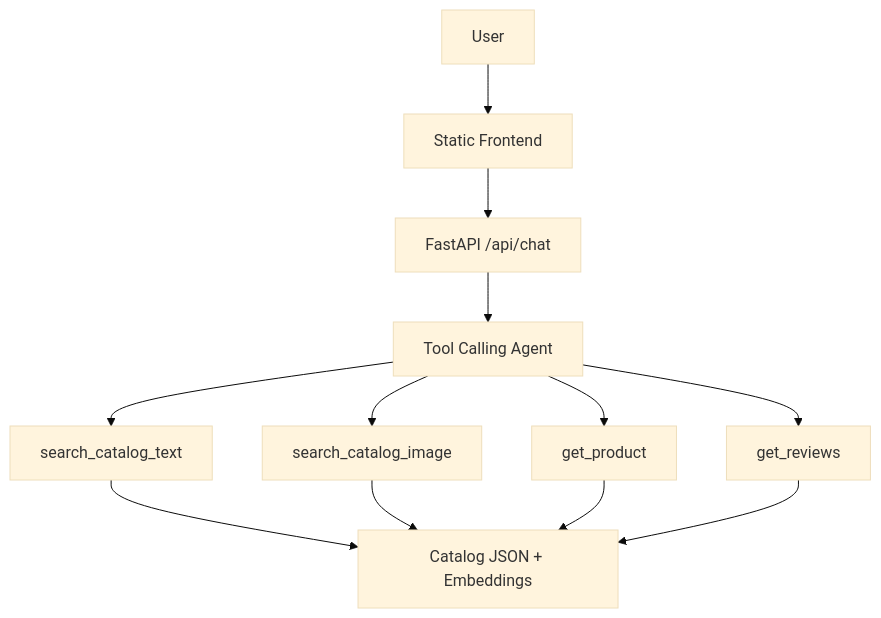
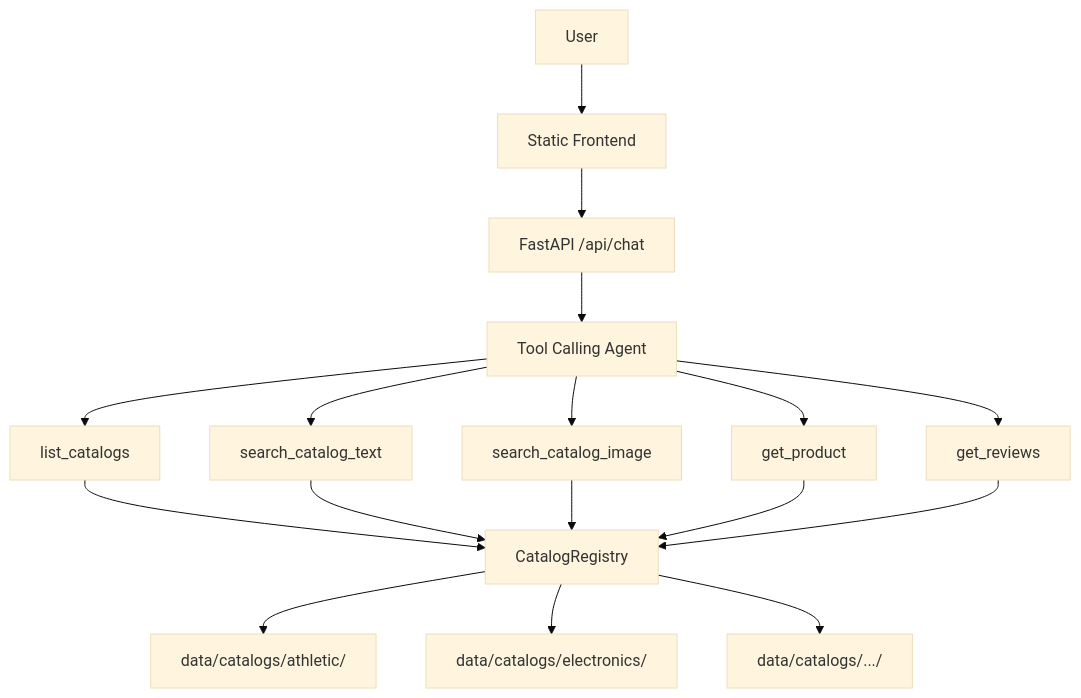
Before and after one commit to adg516/commerce-agent: the diagram in README.md, drawn with Mermaid (base theme). The commit also changed other lines of this file and 5 other files, not shown here.

````diff
--- a/README.md
+++ b/README.md
@@ -21,14 +22,19 @@
 ```mermaid
 flowchart TB
     User[User] --> Frontend[Static Frontend]
     Frontend --> Api["FastAPI /api/chat"]
     Api --> Agent[Tool Calling Agent]
+    Agent --> ListCatalogs[list_catalogs]
     Agent --> SearchText[search_catalog_text]
     Agent --> SearchImage[search_catalog_image]
     Agent --> GetProduct[get_product]
     Agent --> GetReviews[get_reviews]
-    SearchText --> Catalog[Catalog JSON + Embeddings]
-    SearchImage --> Catalog
-    GetProduct --> Catalog
-    GetReviews --> Catalog
+    ListCatalogs --> Registry[CatalogRegistry]
+    SearchText --> Registry
+    SearchImage --> Registry
+    GetProduct --> Registry
+    GetReviews --> Registry
+    Registry --> CatalogA["data/catalogs/athletic/"]
+    Registry --> CatalogB["data/catalogs/electronics/"]
+    Registry --> CatalogN["data/catalogs/.../"]
 ```
````
